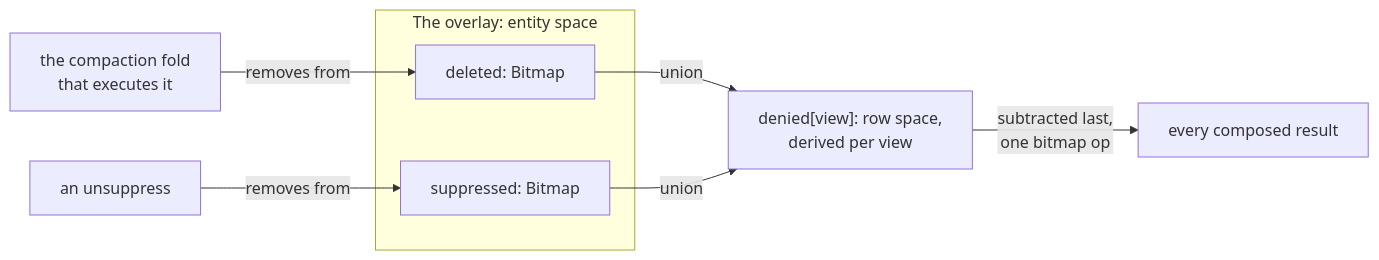
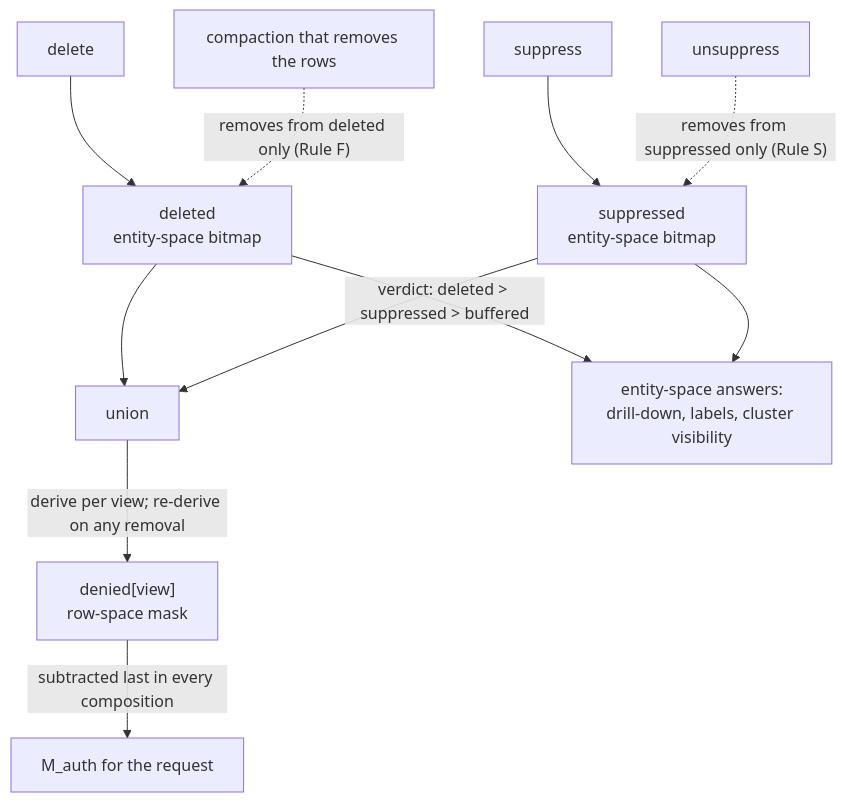
Before and after one commit to jennis0/tesseradb: the third of 3 diagrams in docs/system/write-path.md, drawn with Mermaid. The commit also changed other lines of this file, not shown here.

Commit message:
docs(system): write path marks entity-id slot reuse as unbuilt; counts point at conformance.md; diagrams redrawn

````diff
--- a/docs/system/write-path.md
+++ b/docs/system/write-path.md
@@ -285,12 +288,15 @@
 ```mermaid
-flowchart LR
-  subgraph Overlay["The overlay: entity space"]
-    Del["deleted: Bitmap"]
-    Sup["suppressed: Bitmap"]
-  end
-  Del -->|union| Mask["denied[view]: row space,<br/>derived per view"]
-  Sup -->|union| Mask
-  Unsup["an unsuppress"] -->|removes from| Sup
-  Fold["the compaction fold<br/>that executes it"] -->|removes from| Del
-  Mask -->|subtracted last,<br/>one bitmap op| Result["every composed result"]
+flowchart TB
+  del["delete"] --> deleted["deleted<br/>entity-space bitmap"]
+  sup["suppress"] --> suppressed["suppressed<br/>entity-space bitmap"]
+  unsup["unsuppress"] -. "removes from suppressed only (Rule S)" .-> suppressed
+  compact["compaction that removes the rows"] -. "removes from deleted only (Rule F)" .-> deleted
+
+  deleted --> union["union"]
+  suppressed --> union
+  union -- "derive per view; re-derive on any removal" --> denied["denied[view]<br/>row-space mask"]
+  denied -- "subtracted last in every composition" --> mauth["M_auth for the request"]
+
+  deleted -- "verdict: deleted > suppressed > buffered" --> entityq["entity-space answers:<br/>drill-down, labels, cluster visibility"]
+  suppressed --> entityq
 ```
````
